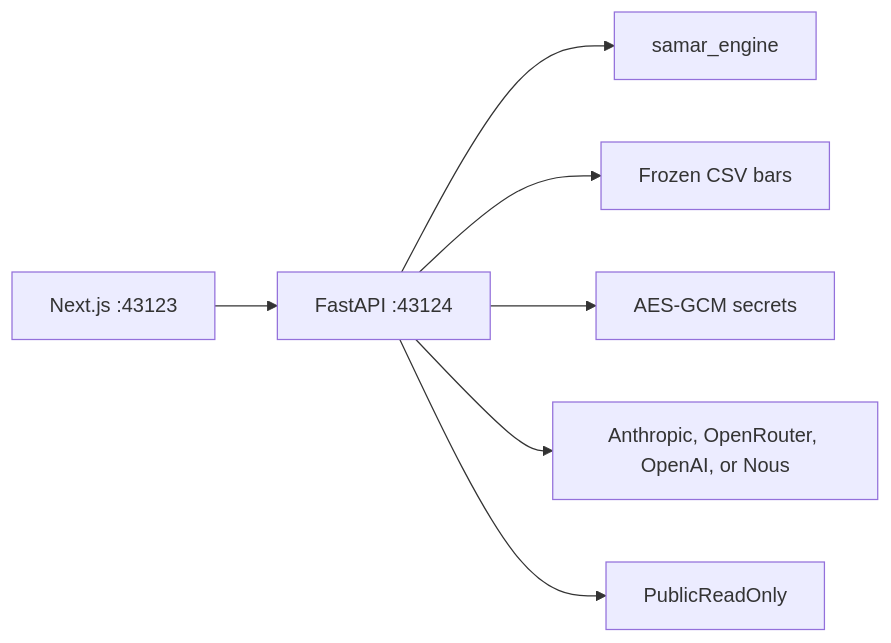
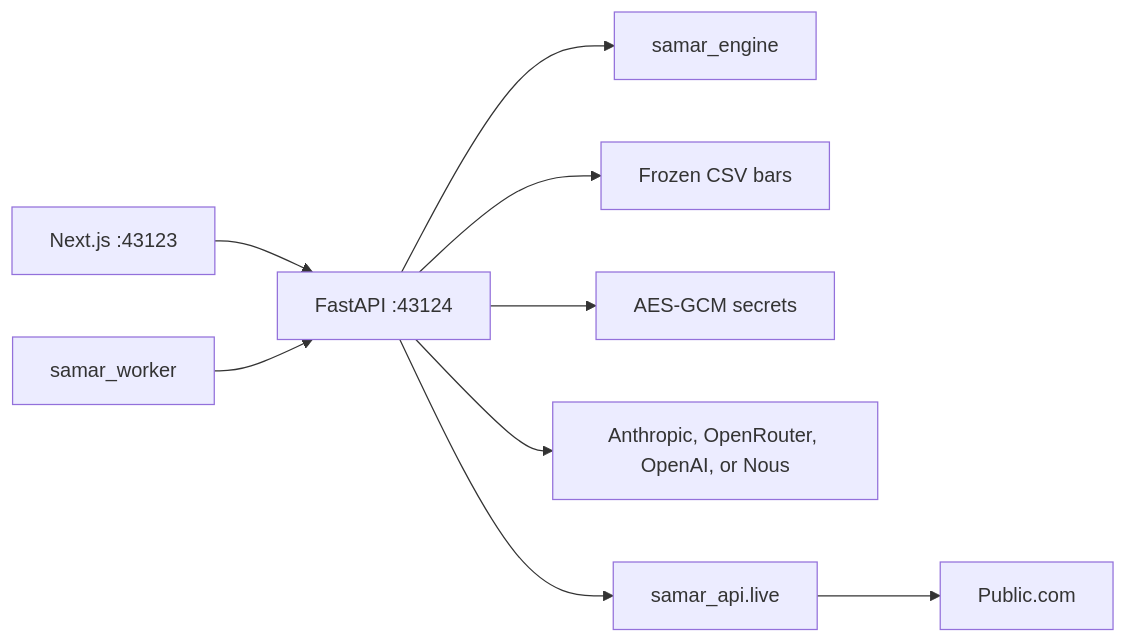
Before and after one commit to LaithAskar/Samar-agentic-trading: the diagram in README.md, drawn with Mermaid. The commit also changed other lines of this file and 26 other files, not shown here.

````diff
--- a/README.md
+++ b/README.md
@@ -60,9 +64,11 @@
 ```mermaid
 flowchart LR
   web["Next.js :43123"] --> api["FastAPI :43124"]
+  worker["samar_worker"] --> api
   api --> engine["samar_engine"]
   api --> data["Frozen CSV bars"]
   api --> vault["AES-GCM secrets"]
   api --> model["Anthropic, OpenRouter, OpenAI, or Nous"]
-  api --> public["PublicReadOnly"]
+  api --> live["samar_api.live"]
+  live --> public["Public.com"]
 ```
````
